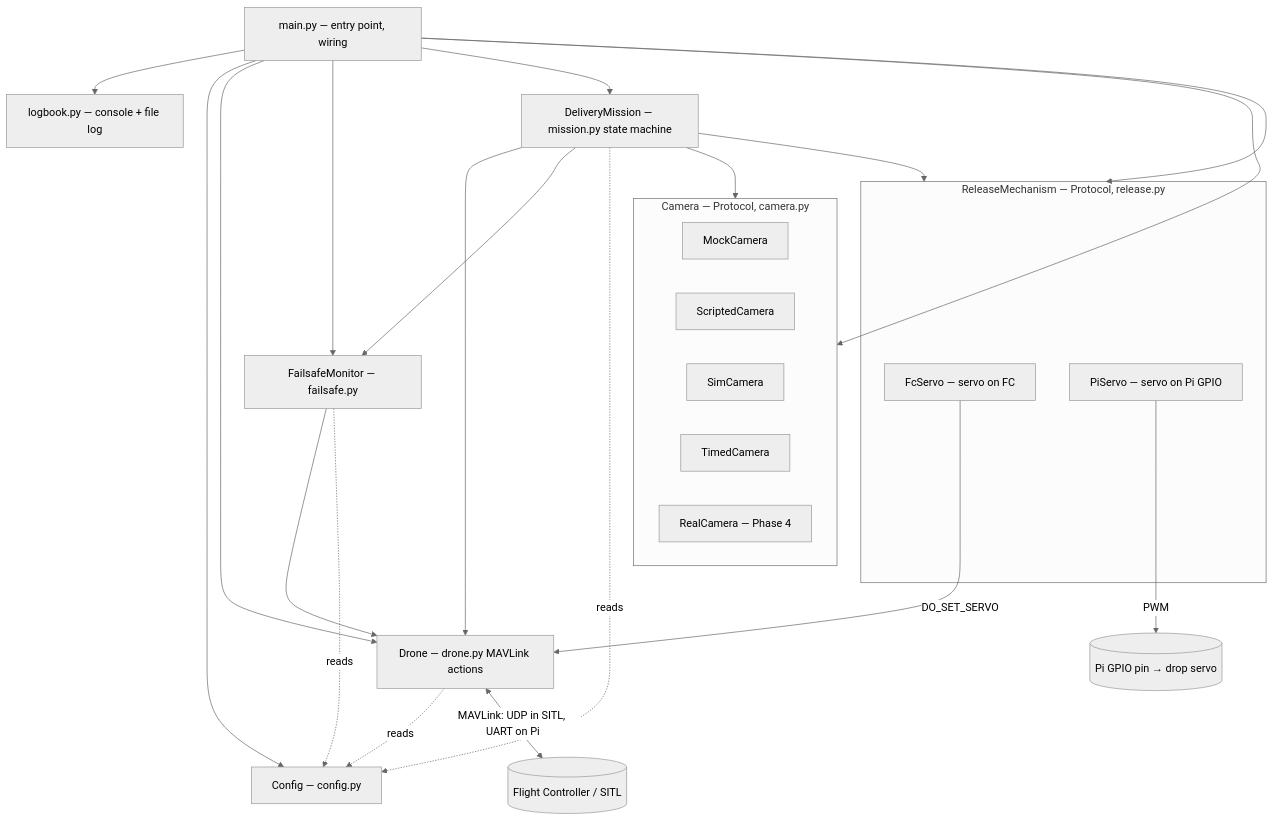
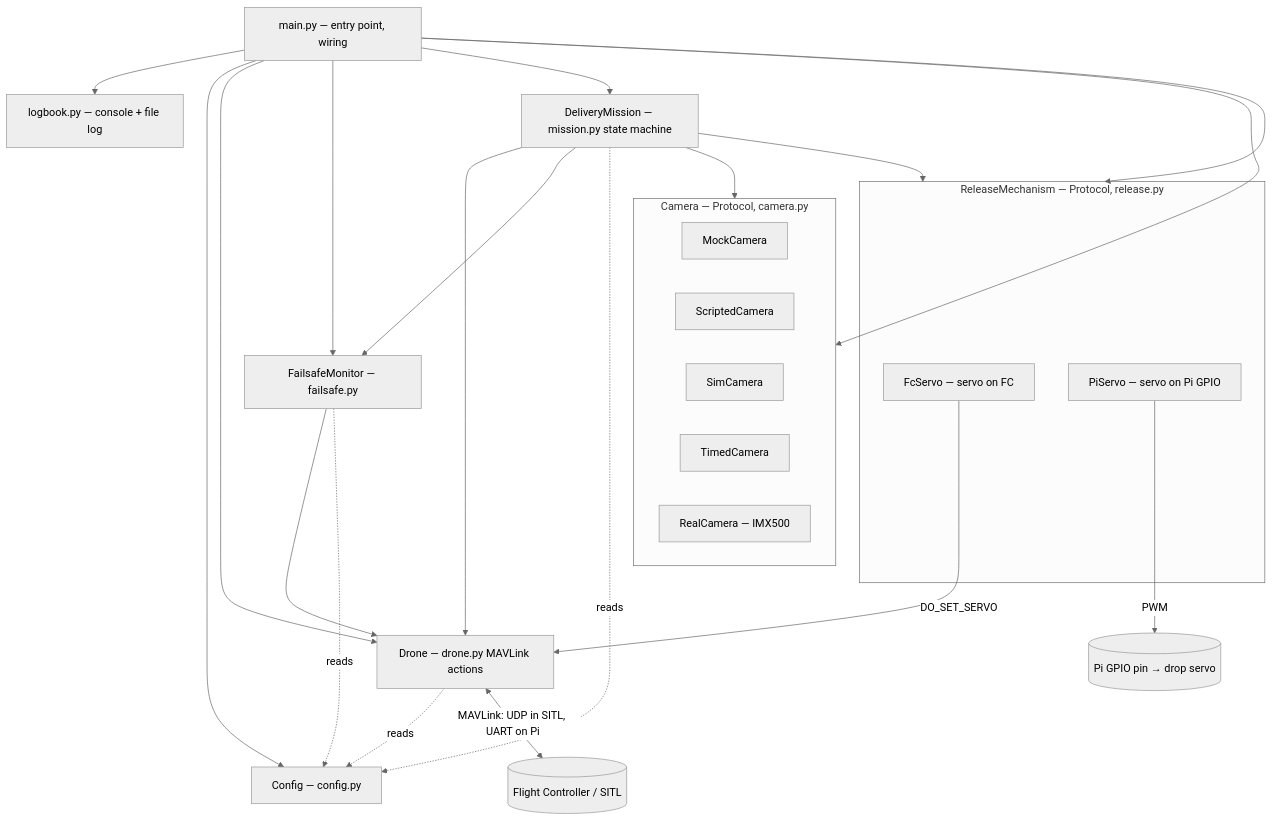
The first of 5 diagrams in docs/ARCHITECTURE.md (ki-drohnen-ss26/Pi-Code), drawn with Mermaid (neutral theme) before and after one commit. The commit also changed other lines of this file and 7 other files, not shown here.

Commit message:
using real camera

````diff
--- a/docs/ARCHITECTURE.md
+++ b/docs/ARCHITECTURE.md
@@ -15,44 +15,44 @@
 ```mermaid
 flowchart TB
     main["main.py — entry point, wiring"]
     cfg["Config — config.py"]
     logb["logbook.py — console + file log"]
     mission["DeliveryMission — mission.py state machine"]
     drone["Drone — drone.py MAVLink actions"]
     fs["FailsafeMonitor — failsafe.py"]
     fc[("Flight Controller / SITL")]
 
     subgraph cam["Camera — Protocol, camera.py"]
         mock["MockCamera"]
         scripted["ScriptedCamera"]
         sim["SimCamera"]
         timed["TimedCamera"]
-        real["RealCamera — Phase 4"]
+        real["RealCamera — IMX500"]
     end
 
     subgraph rel["ReleaseMechanism — Protocol, release.py"]
         fcservo["FcServo — servo on FC"]
         piservo["PiServo — servo on Pi GPIO"]
     end
     gpio[("Pi GPIO pin → drop servo")]
 
     main --> logb
     main --> cfg
     main --> drone
     main --> cam
     main --> rel
     main --> fs
     main --> mission
 
     mission --> drone
     mission --> cam
     mission --> rel
     mission --> fs
     mission -.->|reads| cfg
     fs --> drone
     fs -.->|reads| cfg
     drone -.->|reads| cfg
     drone <-->|"MAVLink: UDP in SITL, UART on Pi"| fc
     fcservo -->|"DO_SET_SERVO"| drone
     piservo -->|"PWM"| gpio
 ```
````
